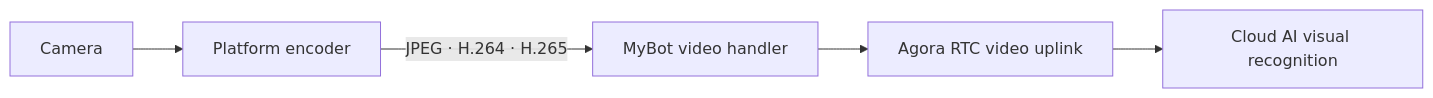
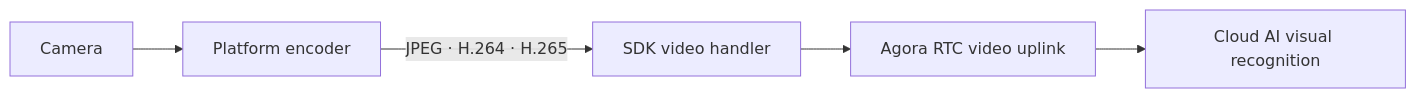
Before and after one commit to AgoraIO-Community/agora-r1-devkit: the fifth of 5 diagrams in components/mybot/mybot_sdk/README.md, drawn with Mermaid. The commit also changed other lines of this file and 2 other files, not shown here.

````diff
--- a/components/mybot/mybot_sdk/README.md
+++ b/components/mybot/mybot_sdk/README.md
@@ -454,7 +458,7 @@
 ```mermaid
 flowchart LR
     camera["Camera"] --> encoder["Platform encoder"]
-    encoder -->|JPEG · H.264 · H.265| video["MyBot video handler"]
+    encoder -->|JPEG · H.264 · H.265| video["SDK video handler"]
     video --> rtc_v["Agora RTC video uplink"]
     rtc_v --> vision["Cloud AI visual recognition"]
 ```
````
